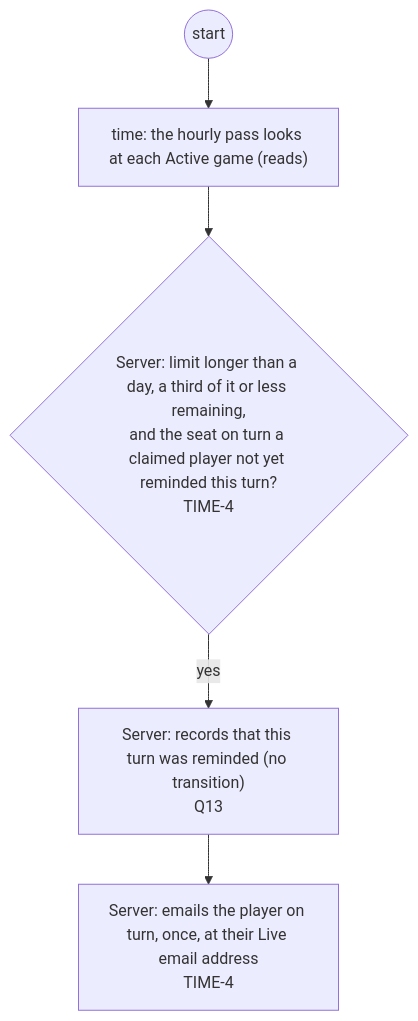
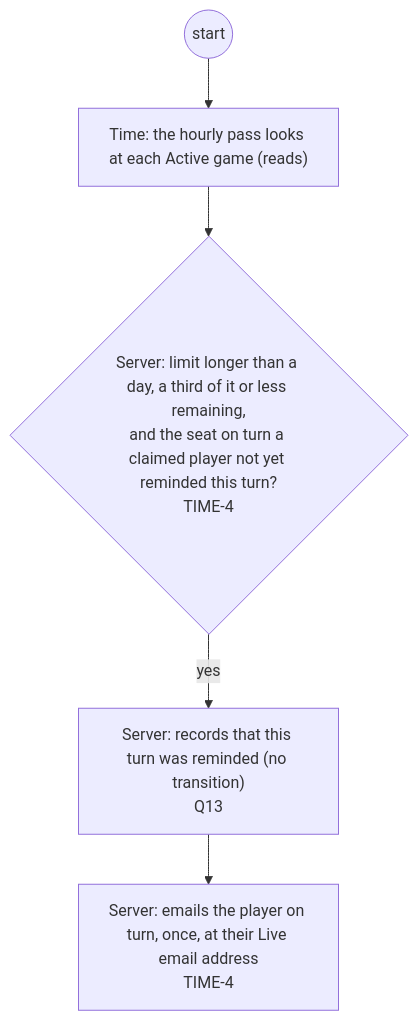
One commit to delphside/programme changed diagram 20 of 29 in docs/changes/workstreams/application-game-architecture/71-one-game-model/71-functional.md. Above: the diagram before and after it, drawn with Mermaid. The commit also changed other lines of this file, not shown here.

First line of the commit message:
app 0.9.2 api 2.16: 71: Time capitalised as an actor

````diff
--- a/docs/changes/workstreams/application-game-architecture/71-one-game-model/71-functional.md
+++ b/docs/changes/workstreams/application-game-architecture/71-one-game-model/71-functional.md
@@ -364,7 +364,7 @@
 ```mermaid
 flowchart TD
-  s0((start)) --> t0["time: the hourly pass looks at each Active game (reads)"]
+  s0((start)) --> t0["Time: the hourly pass looks at each Active game (reads)"]
   t0 --> v1{"Server: limit longer than a day, a third of it or less remaining,<br/>and the seat on turn a claimed player not yet reminded this turn?<br/>TIME-4"}
   v1 -- yes --> t1["Server: records that this turn was reminded (no transition)<br/>Q13"]
   t1 --> t2["Server: emails the player on turn, once, at their Live email address<br/>TIME-4"]
 ```
````
